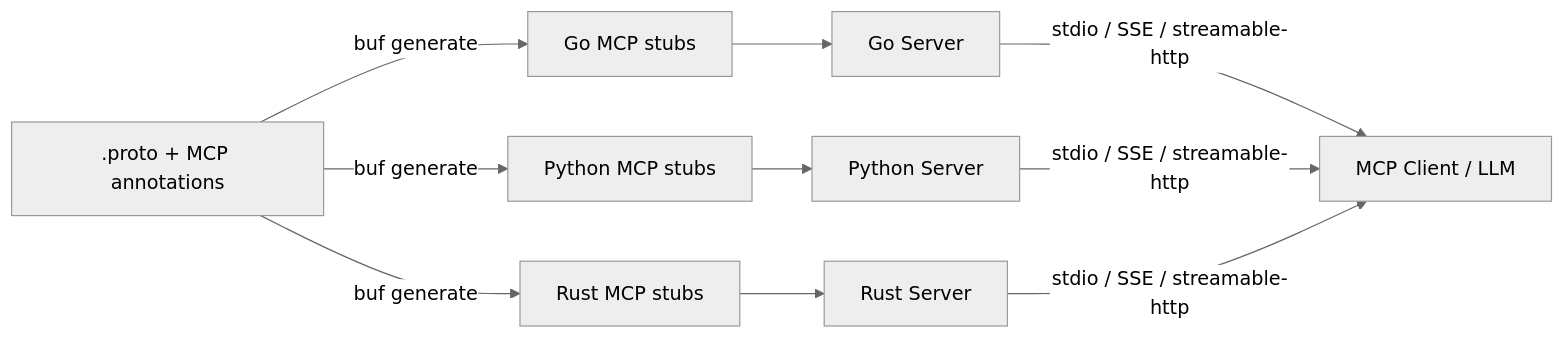
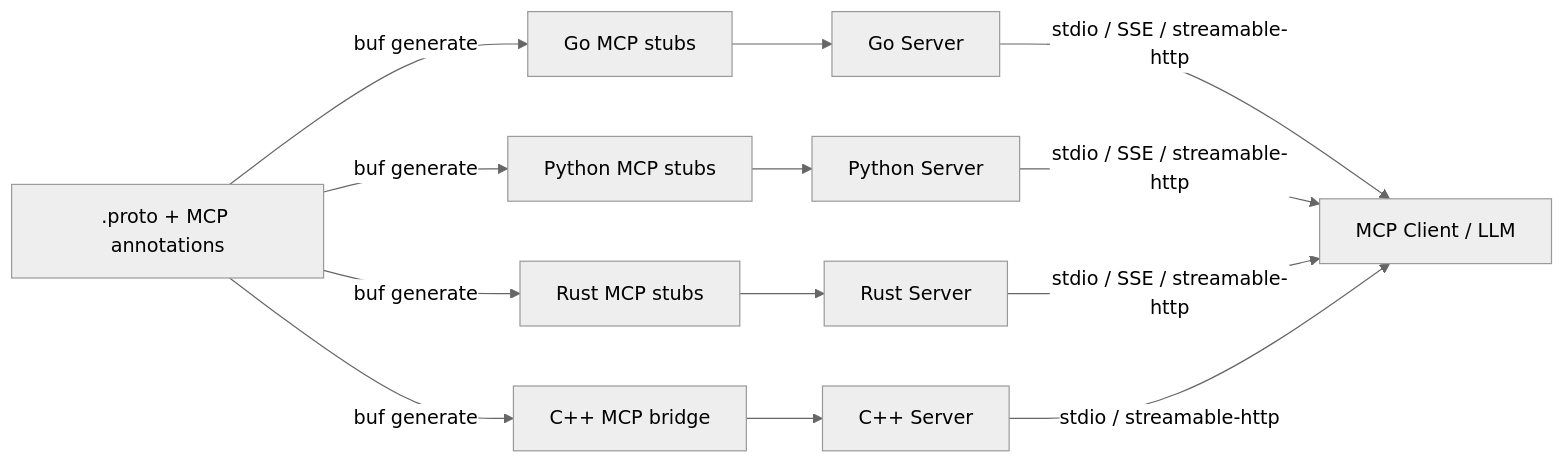
The first of 2 diagrams in README.md (machanirobotics/grpc-mcp-gateway), drawn with Mermaid (neutral theme) before and after one commit. The commit also changed other lines of this file and 1 other file, not shown here.

First line of the commit message:
docs: update README.md to include C++ support for MCP generation

````diff
--- a/README.md
+++ b/README.md
@@ -32,12 +33,15 @@
 ```mermaid
 graph LR
     Proto[".proto + MCP annotations"] -->|buf generate| GenGo["Go MCP stubs"]
     Proto -->|buf generate| GenPy["Python MCP stubs"]
     Proto -->|buf generate| GenRs["Rust MCP stubs"]
+    Proto -->|buf generate| GenCpp["C++ MCP bridge"]
     GenGo --> GoSrv["Go Server"]
     GenPy --> PySrv["Python Server"]
     GenRs --> RsSrv["Rust Server"]
+    GenCpp --> CppSrv["C++ Server"]
     GoSrv -->|stdio / SSE / streamable-http| Client["MCP Client / LLM"]
     PySrv -->|stdio / SSE / streamable-http| Client
     RsSrv -->|stdio / SSE / streamable-http| Client
+    CppSrv -->|stdio / streamable-http| Client
 ```
````
